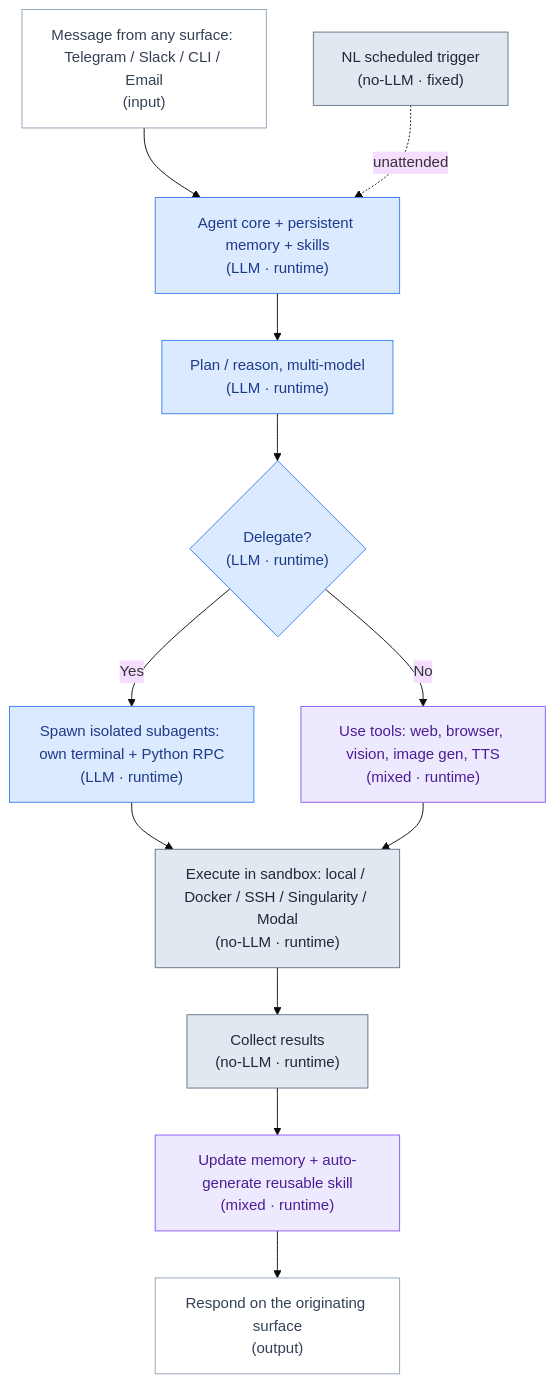
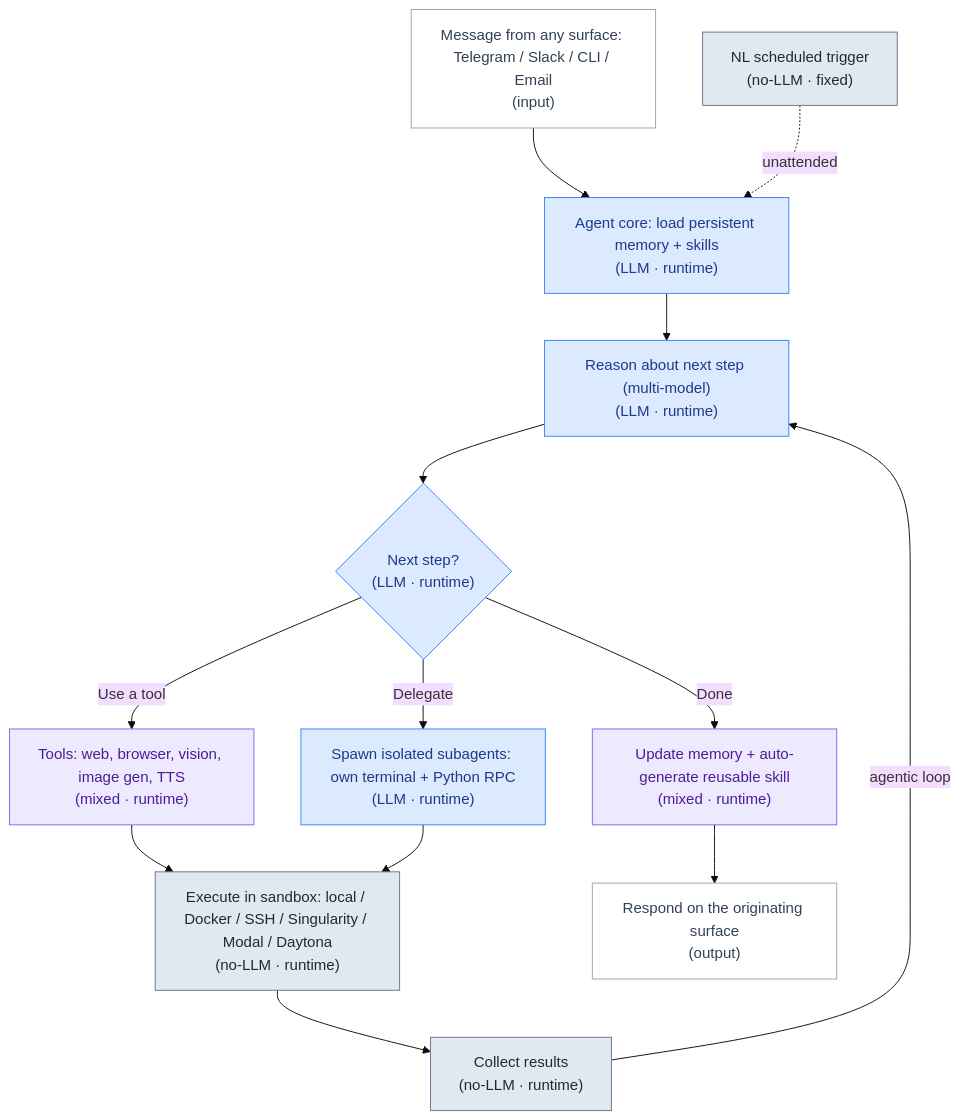
One commit to Mysterious-Owl/temp changed the sixth of 7 diagrams in README.md. Above: the diagram before and after it, drawn with Mermaid (base theme). The commit also changed other lines of this file, not shown here.

````diff
--- a/README.md
+++ b/README.md
@@ -306,22 +314,23 @@
 ```mermaid
 flowchart TD
-    U["Message from any surface: Telegram / Slack / CLI / Email<br/>(input)"] --> CORE["Agent core + persistent memory + skills<br/>(LLM · runtime)"]
-    CORE --> PLAN["Plan / reason, multi-model<br/>(LLM · runtime)"]
-    PLAN --> DEL{"Delegate?<br/>(LLM · runtime)"}
-    DEL -->|Yes| SUB["Spawn isolated subagents: own terminal + Python RPC<br/>(LLM · runtime)"]
-    DEL -->|No| TOOLS["Use tools: web, browser, vision, image gen, TTS<br/>(mixed · runtime)"]
-    SUB --> SBX["Execute in sandbox: local / Docker / SSH / Singularity / Modal<br/>(no-LLM · runtime)"]
-    TOOLS --> SBX
+    U["Message from any surface: Telegram / Slack / CLI / Email<br/>(input)"] --> CORE["Agent core: load persistent memory + skills<br/>(LLM · runtime)"]
+    CORE --> PLAN["Reason about next step (multi-model)<br/>(LLM · runtime)"]
+    PLAN --> ACT{"Next step?<br/>(LLM · runtime)"}
+    ACT -->|"Use a tool"| TOOLS["Tools: web, browser, vision, image gen, TTS<br/>(mixed · runtime)"]
+    ACT -->|"Delegate"| SUB["Spawn isolated subagents: own terminal + Python RPC<br/>(LLM · runtime)"]
+    ACT -->|"Done"| MEM["Update memory + auto-generate reusable skill<br/>(mixed · runtime)"]
+    TOOLS --> SBX["Execute in sandbox: local / Docker / SSH / Singularity / Modal / Daytona<br/>(no-LLM · runtime)"]
+    SUB --> SBX
     SBX --> RES["Collect results<br/>(no-LLM · runtime)"]
-    RES --> MEM["Update memory + auto-generate reusable skill<br/>(mixed · runtime)"]
+    RES -->|"agentic loop"| PLAN
     MEM --> OUT["Respond on the originating surface<br/>(output)"]
     SCHED["NL scheduled trigger<br/>(no-LLM · fixed)"] -.->|unattended| CORE
     classDef llm fill:#dbeafe,stroke:#3b82f6,color:#1e3a8a;
     classDef det fill:#e2e8f0,stroke:#64748b,color:#1e293b;
     classDef mixed fill:#ede9fe,stroke:#8b5cf6,color:#4c1d95;
     classDef io fill:#ffffff,stroke:#94a3b8,color:#334155;
     class U,OUT io;
-    class CORE,PLAN,DEL,SUB llm;
+    class CORE,PLAN,ACT,SUB llm;
     class SBX,RES,SCHED det;
     class TOOLS,MEM mixed;
 ```
````
